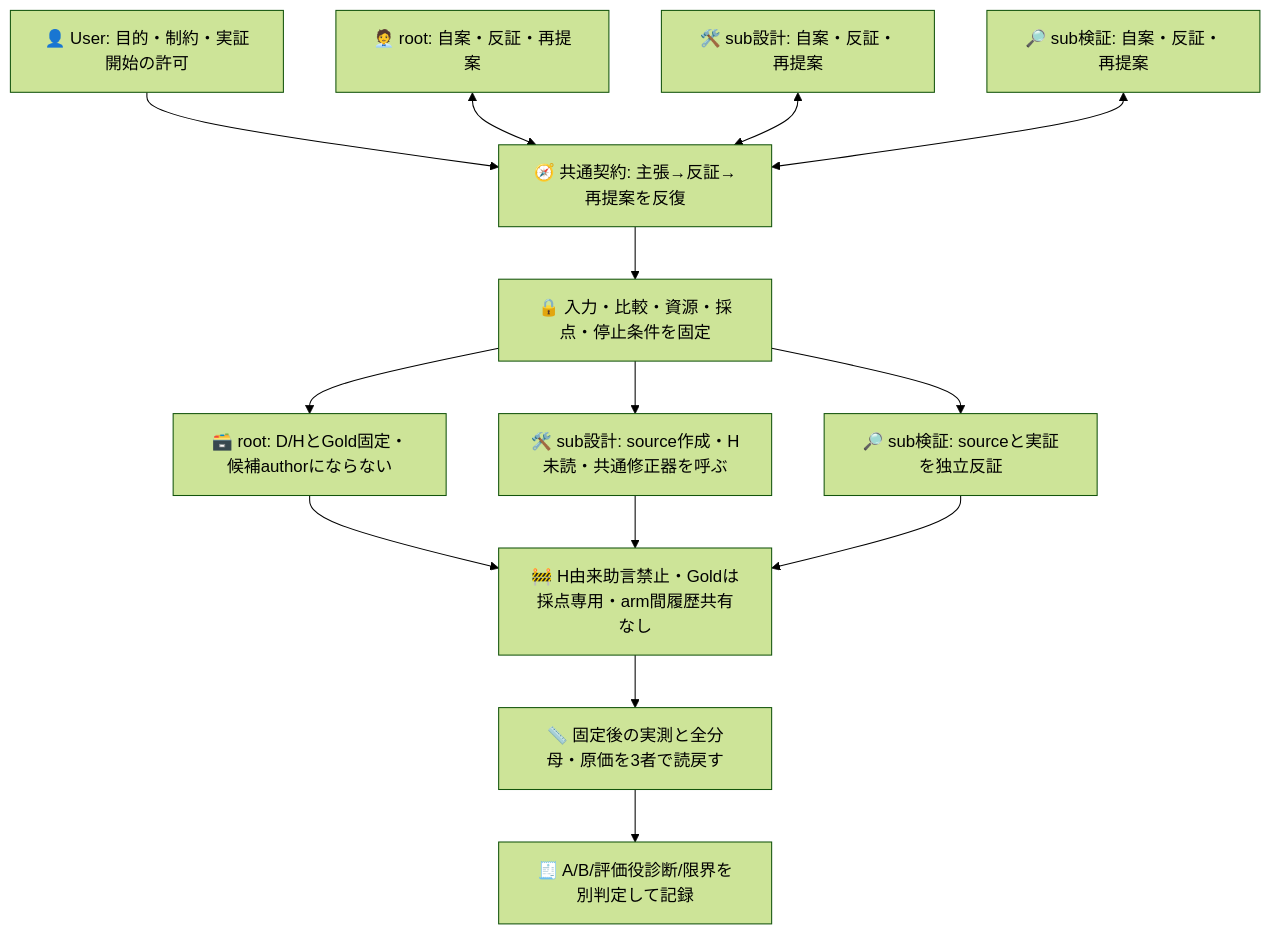
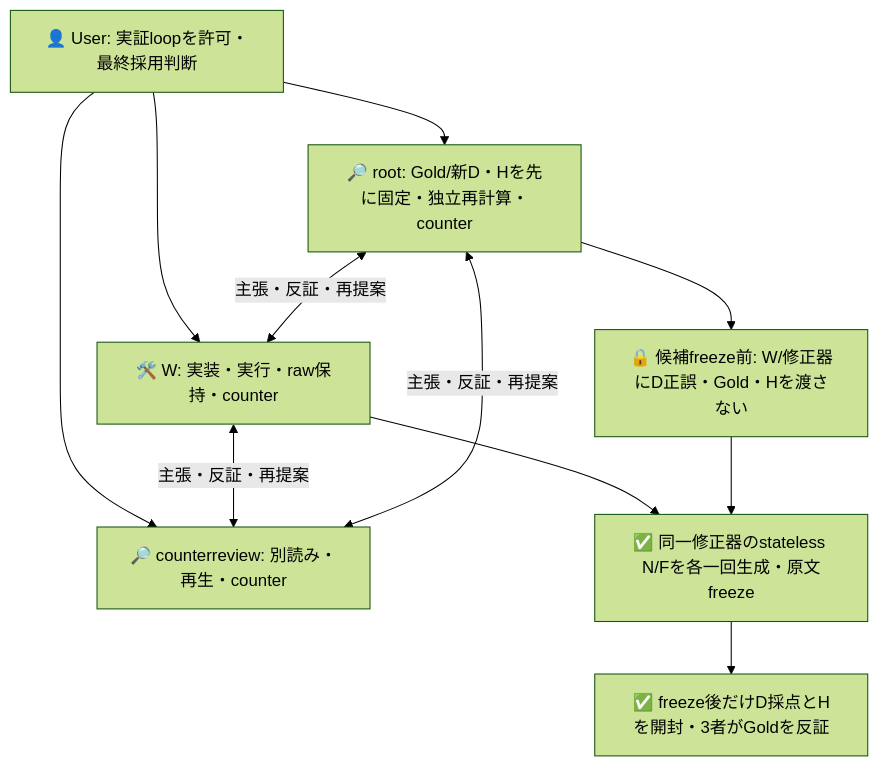
One commit to roccho-org/ops changed the first of 2 diagrams in experiments/sys1-eval-loop/counterfactual/README.md. Above: the diagram before and after it, drawn with Mermaid (forest theme). The commit also changed other lines of this file and 9 other files, not shown here.

````diff
--- a/experiments/sys1-eval-loop/counterfactual/README.md
+++ b/experiments/sys1-eval-loop/counterfactual/README.md
@@ -13,16 +11,13 @@
 ```mermaid
 flowchart TB
-  U["👤 User: 目的・制約・実証開始の許可"] --> C["🧭 共通契約: 主張→反証→再提案を反復"]
-  R["🧑‍💼 root: 自案・反証・再提案"] <--> C
-  W["🛠️ sub設計: 自案・反証・再提案"] <--> C
-  X["🔎 sub検証: 自案・反証・再提案"] <--> C
-  C --> K["🔒 入力・比較・資源・採点・停止条件を固定"]
-  K --> H["🗃️ root: D/HとGold固定・候補authorにならない"]
-  K --> S["🛠️ sub設計: source作成・H未読・共通修正器を呼ぶ"]
-  K --> V["🔎 sub検証: sourceと実証を独立反証"]
-  H --> B["🚧 H由来助言禁止・Goldは採点専用・arm間履歴共有なし"]
-  S --> B
-  V --> B
-  B --> E["📏 固定後の実測と全分母・原価を3者で読戻す"]
-  E --> J["🧾 A/B/評価役診断/限界を別判定して記録"]
+  U["👤 User: 実証loopを許可・最終採用判断"] --> R["🔎 root: Gold/新D・Hを先に固定・独立再計算・counter"]
+  U --> W["🛠️ W: 実装・実行・raw保持・counter"]
+  U --> C["🔎 counterreview: 別読み・再生・counter"]
+  R <-->|主張・反証・再提案| W
+  W <-->|主張・反証・再提案| C
+  C <-->|主張・反証・再提案| R
+  R --> K["🔒 候補freeze前: W/修正器にD正誤・Gold・Hを渡さない"]
+  W --> F["✅ 同一修正器のstateless N/Fを各一回生成・原文freeze"]
+  K --> F
+  F --> O["✅ freeze後だけD採点とHを開封・3者がGoldを反証"]
 ```
````
